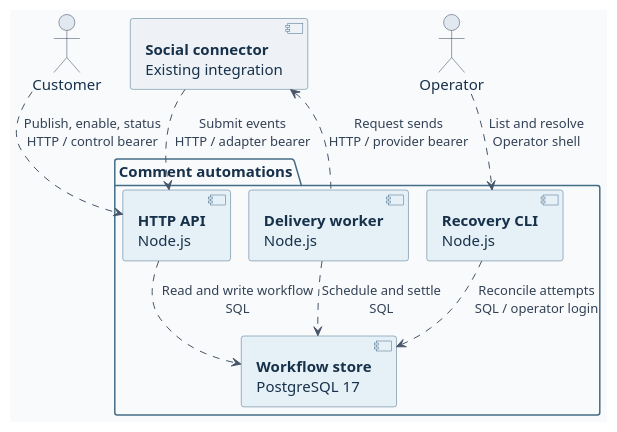
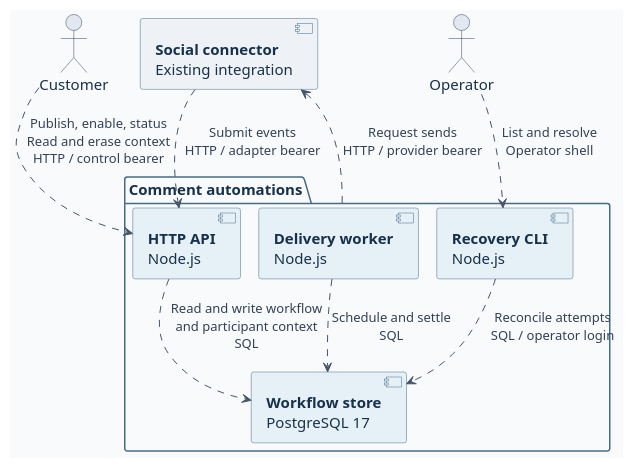
The diagram in docs/diagrams/components.puml (ByAxe/blotato-comment-automations), drawn with PlantUML before and after one commit. The commit also changed 25 other files, not shown here.

Commit message:
docs: align diagrams and acceptance checks with retained participant context

```diff
--- a/docs/diagrams/components.puml
+++ b/docs/diagrams/components.puml
@@ -1,44 +1,44 @@
 @startuml
 !pragma layout smetana
 skinparam componentStyle uml2
 skinparam BackgroundColor #F8FAFC
 skinparam DefaultFontName SansSerif
 skinparam DefaultFontColor #17314A
 skinparam DefaultFontSize 15
 skinparam Shadowing false
 skinparam nodesep 20
 skinparam ranksep 38
 skinparam ArrowColor #475569
 skinparam ArrowFontColor #334155
 skinparam ArrowFontSize 13
 skinparam ActorBorderColor #334155
 skinparam ActorBackgroundColor #E2E8F0
 skinparam ComponentBorderColor #456C87
 skinparam ComponentBackgroundColor #E6F0F7
 skinparam PackageBorderColor #456C87
 skinparam PackageBackgroundColor #F8FAFC
 
 actor Customer as customer
 actor Operator as operator
 component "**Social connector**\nExisting integration" as integration #EEF2F6
 
 package "Comment automations" {
   component "**HTTP API**\nNode.js" as api
   component "**Delivery worker**\nNode.js" as worker
   component "**Recovery CLI**\nNode.js" as cli
   component "**Workflow store**\nPostgreSQL 17" as db
 }
 
-customer .down.> api : Publish, enable, status\nHTTP / control bearer
+customer .down.> api : Publish, enable, status\nRead and erase context\nHTTP / control bearer
 operator .down.> cli : List and resolve\nOperator shell
 integration .down.> api : Submit events\nHTTP / adapter bearer
-api .down.> db : Read and write workflow\nSQL
+api .down.> db : Read and write workflow\nand participant context\nSQL
 cli .down.> db : Reconcile attempts\nSQL / operator login
 worker .down.> db : Schedule and settle\nSQL
 worker .up.> integration : Request sends\nHTTP / provider bearer
 
 customer -[hidden]right-> integration
 integration -[hidden]right-> operator
 api -[hidden]right-> worker
 worker -[hidden]right-> cli
 @enduml
```
